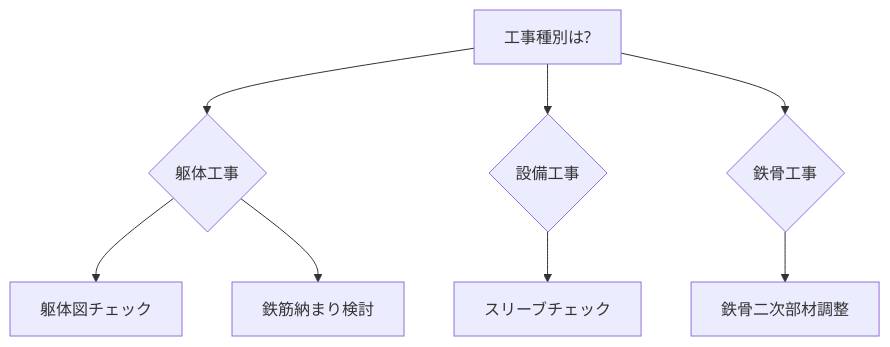
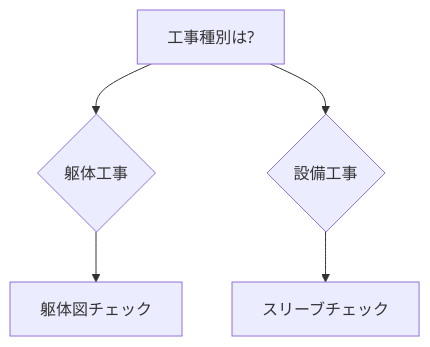
Before and after one commit to bmwz376-cmd/-BIM-: the diagram in docs/bim/recipes/index.md, drawn with Mermaid. The commit also changed other lines of this file and 21 other files, not shown here.

````diff
--- a/docs/bim/recipes/index.md
+++ b/docs/bim/recipes/index.md
@@ -60,10 +44,7 @@
 ```mermaid
 graph TD
     A[工事種別は?] --> B{躯体工事}
     A --> C{設備工事}
-    A --> D{鉄骨工事}
     B --> E[躯体図チェック]
-    B --> F[鉄筋納まり検討]
     C --> G[スリーブチェック]
-    D --> H[鉄骨二次部材調整]
 ```
````
